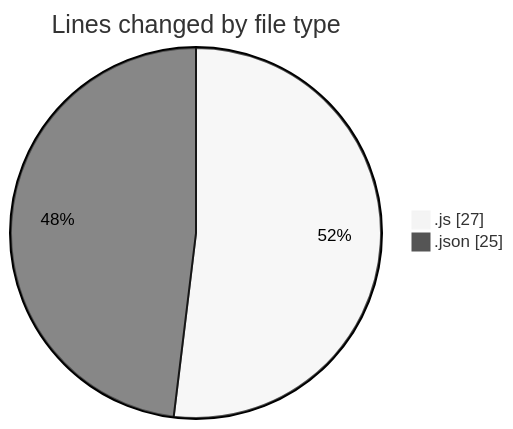
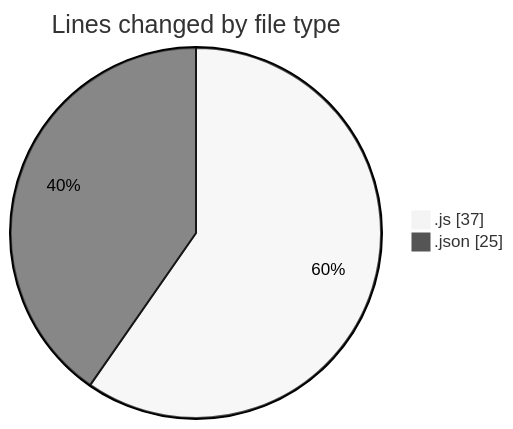
The first of 2 diagrams in 2025-07-02/mern-thinkboard/README.md (Ritupan-Deka/code-tracking), drawn with Mermaid (neutral theme) before and after one commit. The commit also changed other lines of this file and 1 other file, not shown here.

````diff
--- a/2025-07-02/mern-thinkboard/README.md
+++ b/2025-07-02/mern-thinkboard/README.md
@@ -21,6 +21,6 @@
 ```mermaid
 pie showData
 title Lines changed by file type
-".js" : 27
+".js" : 37
 ".json" : 25
 ```
````
